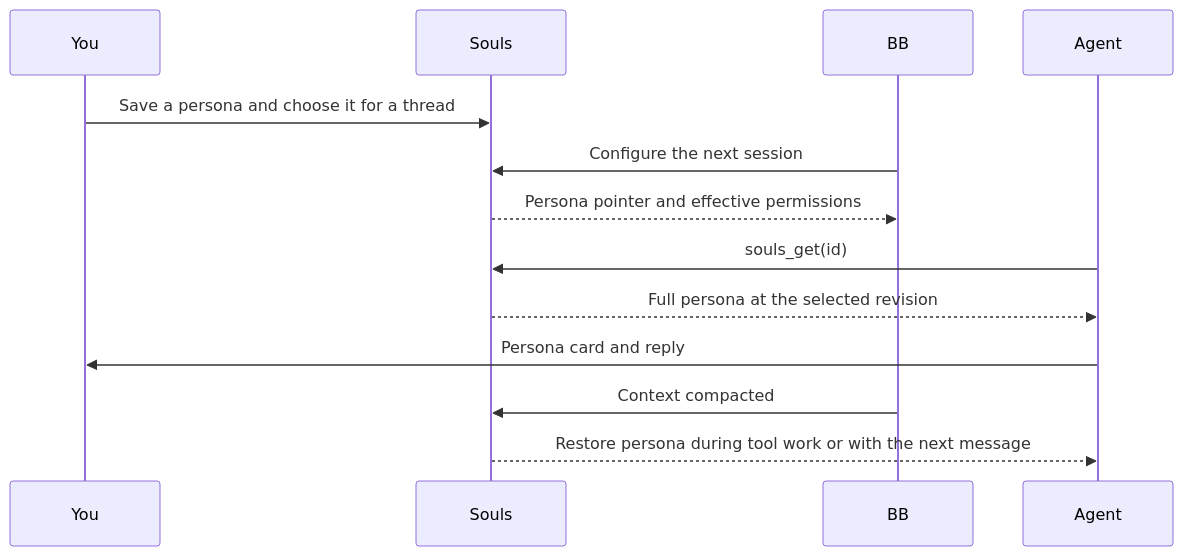
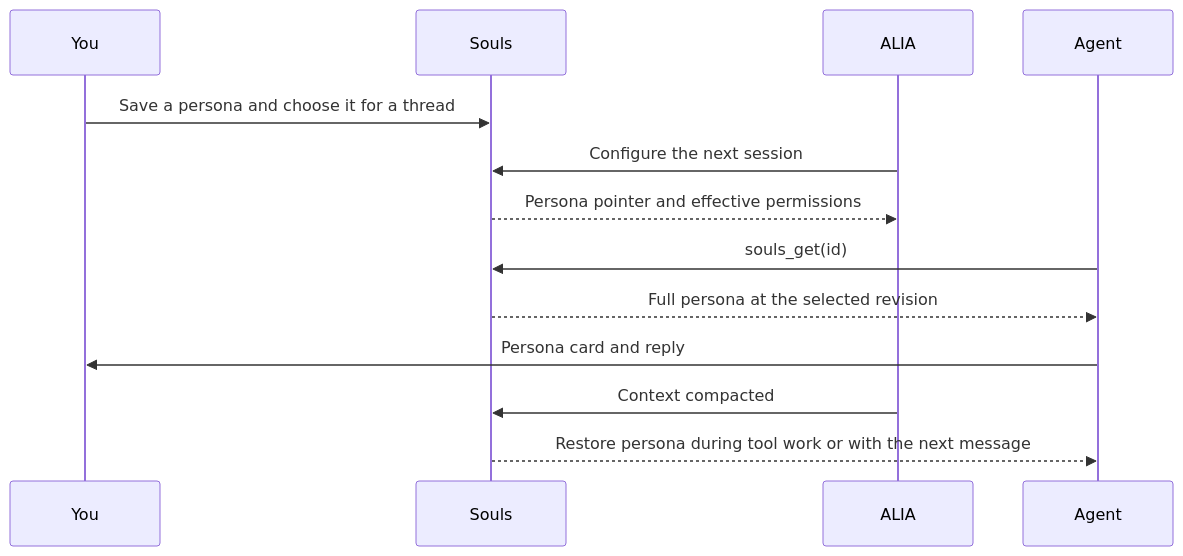
One commit to Vesnalia/vesnalia-plugins changed the diagram in plugins/souls/README.md. Above: the diagram before and after it, drawn with Mermaid. The commit also changed other lines of this file and 13306 other files, not shown here.

````diff
--- a/plugins/souls/README.md
+++ b/plugins/souls/README.md
@@ -185,15 +185,15 @@
 ```mermaid
 sequenceDiagram
     participant You
     participant Souls
-    participant BB
+    participant ALIA
     participant Agent
     You->>Souls: Save a persona and choose it for a thread
-    BB->>Souls: Configure the next session
-    Souls-->>BB: Persona pointer and effective permissions
+    ALIA->>Souls: Configure the next session
+    Souls-->>ALIA: Persona pointer and effective permissions
     Agent->>Souls: souls_get(id)
     Souls-->>Agent: Full persona at the selected revision
     Agent->>You: Persona card and reply
-    BB->>Souls: Context compacted
+    ALIA->>Souls: Context compacted
     Souls-->>Agent: Restore persona during tool work or with the next message
 ```
````
